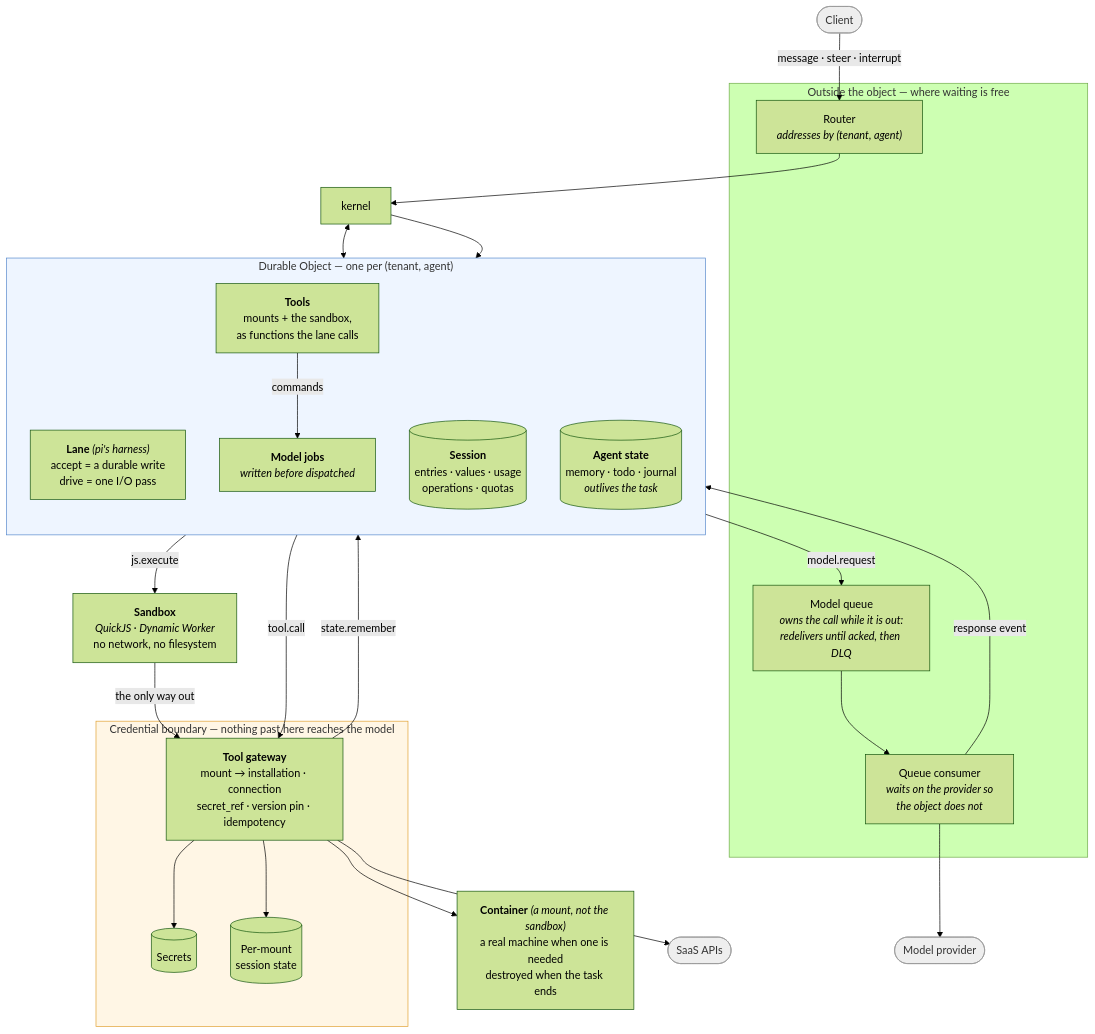
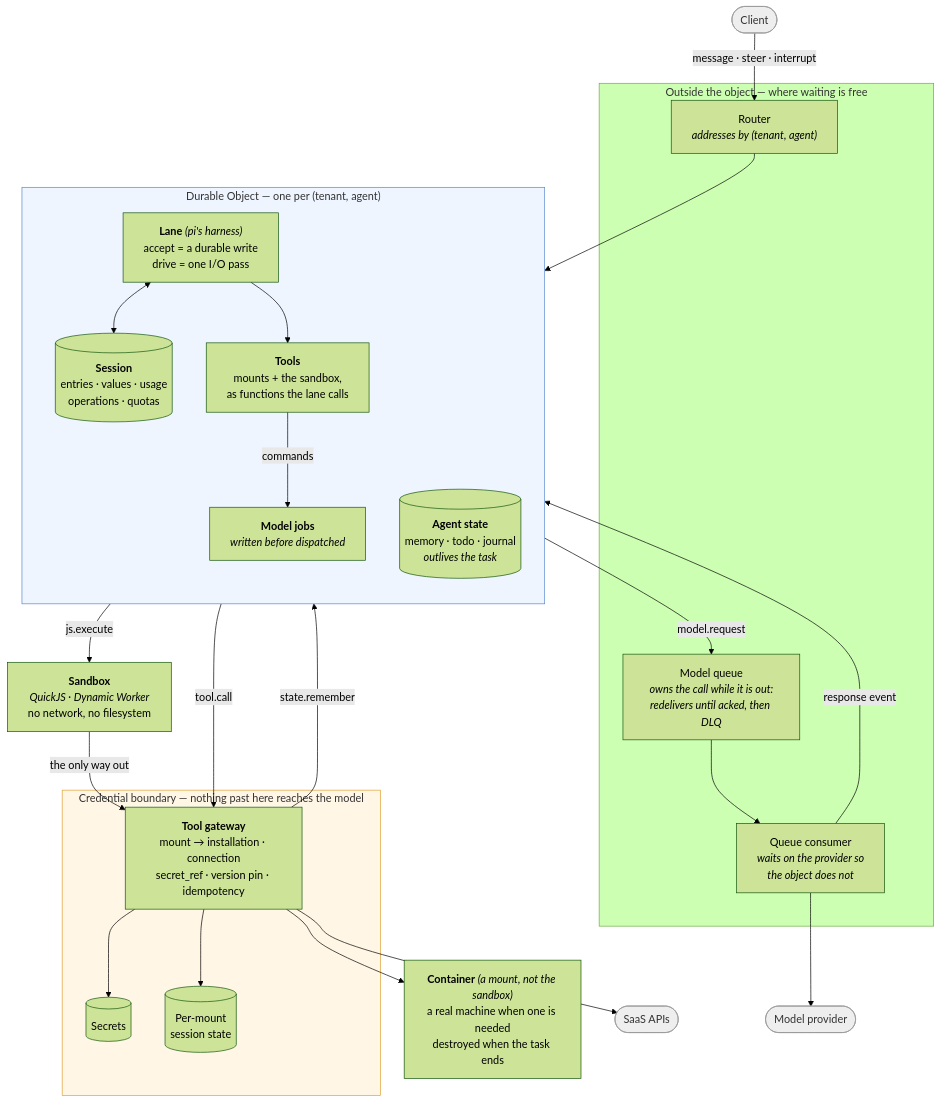
One commit to botiverse/antiproton changed the diagram in README.md. Above: the diagram before and after it, drawn with Mermaid (forest theme). The commit also changed other lines of this file and 2 other files, not shown here.

````diff
--- a/README.md
+++ b/README.md
@@ -93,52 +93,52 @@
 ```mermaid
 flowchart TB
     client([Client]):::ext
 
     subgraph edge["Outside the object — where waiting is free"]
         router["Router<br/><i>addresses by (tenant, agent)</i>"]
         queue["Model queue<br/><i>owns the call while it is out:<br/>redelivers until acked, then DLQ</i>"]
         consumer["Queue consumer<br/><i>waits on the provider so<br/>the object does not</i>"]
     end
 
     subgraph object["Durable Object — one per (tenant, agent)"]
         direction TB
         lane["<b>Lane</b> <i>(pi's harness)</i><br/>accept = a durable write<br/>drive = one I/O pass"]
         harness["<b>Tools</b><br/>mounts + the sandbox,<br/>as functions the lane calls"]
         cmd["<b>Model jobs</b><br/><i>written before dispatched</i>"]
         store[("<b>Session</b><br/>entries · values · usage<br/>operations · quotas")]
         memory[("<b>Agent state</b><br/>memory · todo · journal<br/><i>outlives the task</i>")]
     end
 
     subgraph trust["Credential boundary — nothing past here reaches the model"]
         gateway["<b>Tool gateway</b><br/>mount → installation · connection<br/>secret_ref · version pin · idempotency"]
         secrets[("Secrets")]
         conn[("Per-mount<br/>session state")]
     end
 
     sandbox["<b>Sandbox</b><br/><i>QuickJS · Dynamic Worker</i><br/>no network, no filesystem"]
     box["<b>Container</b> <i>(a mount, not the sandbox)</i><br/>a real machine when one is needed<br/>destroyed when the task ends"]
     saas([SaaS APIs]):::ext
     provider([Model provider]):::ext
 
     client -->|"message · steer · interrupt"| router
-    router --> kernel
-    kernel <--> store
-    kernel --> harness
+    router --> lane
+    lane <--> store
+    lane --> harness
     harness -->|commands| cmd
     cmd -->|model.request| queue
     queue --> consumer
     consumer -->|"response event"| store
     consumer --> provider
     cmd -->|tool.call| gateway
     cmd -->|js.execute| sandbox
     sandbox -->|"the only way out"| gateway
     gateway --> secrets
     gateway --> conn
     gateway --> saas
     gateway --> box
     gateway -->|"state.remember"| memory
 
     classDef ext fill:#eee,stroke:#999,color:#333;
     style trust fill:#fff6e5,stroke:#e0a030
     style object fill:#eef5ff,stroke:#5588cc
 ```
````
